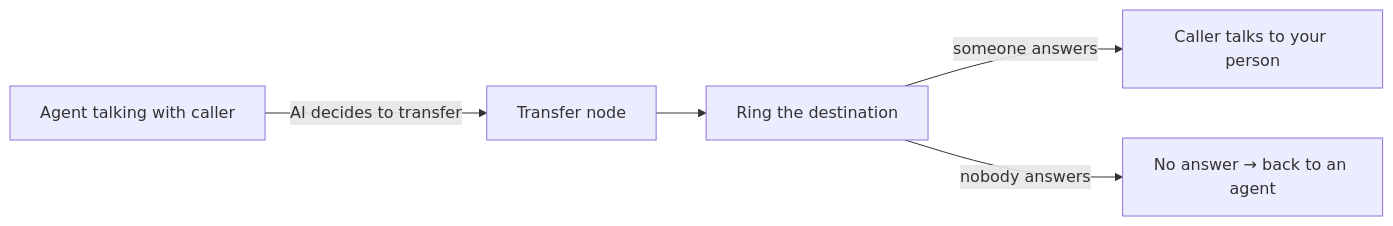
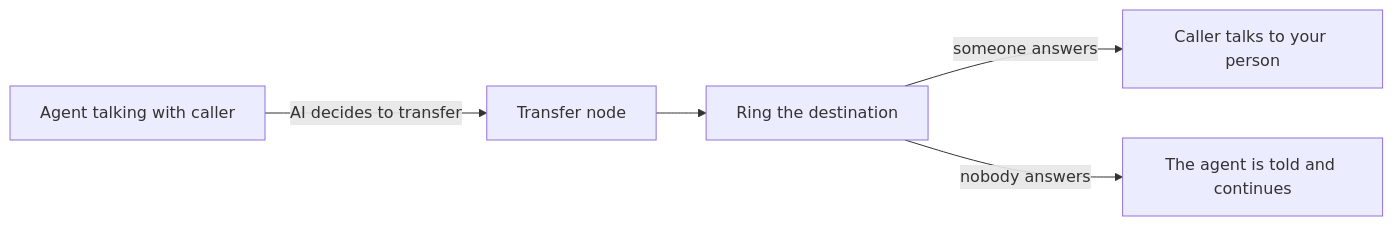
One commit to Talkif-ai/docs changed the diagram in fern/docs/pages/build/transfer-calls-to-people.mdx. Above: the diagram before and after it, drawn with Mermaid. The commit also changed other lines of this file and 1 other file, not shown here.

Commit message:
docs: a failed transfer stays with the agent that started it

````diff
--- a/fern/docs/pages/build/transfer-calls-to-people.mdx
+++ b/fern/docs/pages/build/transfer-calls-to-people.mdx
@@ -16,7 +16,7 @@
 ```mermaid
 flowchart LR
   A[Agent talking with caller] -->|AI decides to transfer| T[Transfer node]
   T --> R[Ring the destination]
   R -->|someone answers| P[Caller talks to your person]
-  R -->|nobody answers| N[No answer → back to an agent]
+  R -->|nobody answers| N[The agent is told and continues]
 ```
````
